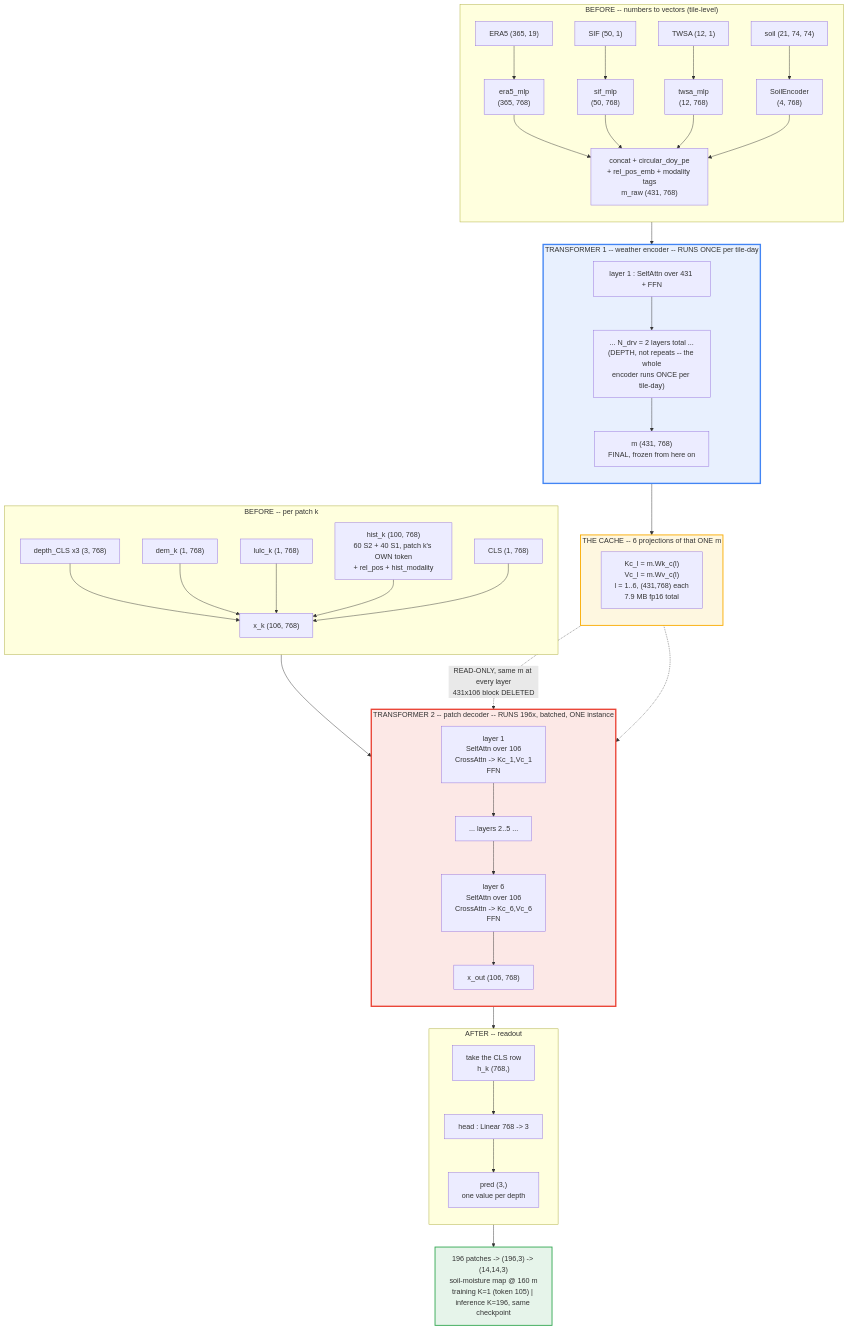
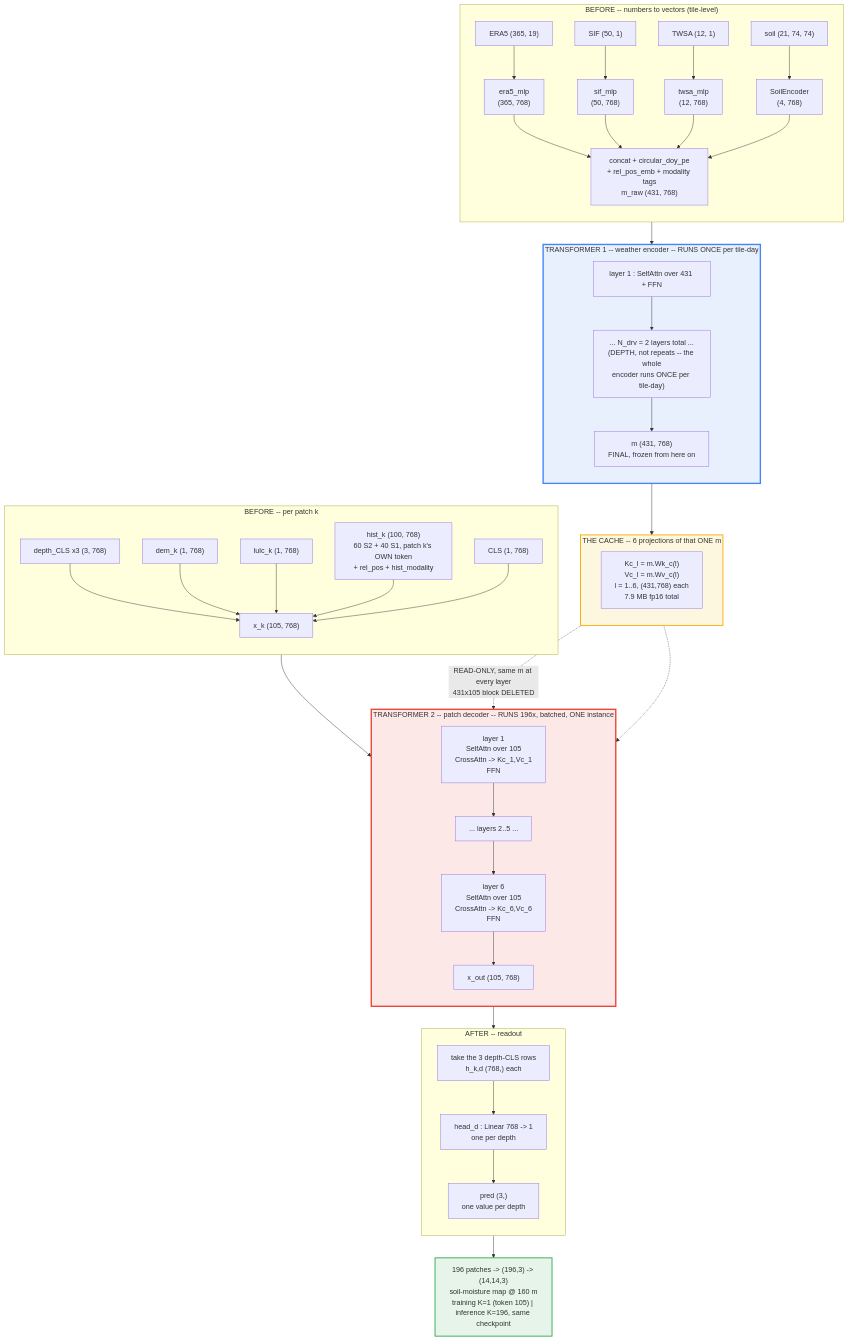
The diagram in text/patchwise_math.md (prajzwal08/soilMoisture), drawn with Mermaid before and after one commit. The commit also changed other lines of this file and 15 other files, not shown here.

````diff
--- a/text/patchwise_math.md
+++ b/text/patchwise_math.md
@@ -494,65 +541,65 @@
 ```mermaid
 flowchart TD
 
     subgraph PREP1["BEFORE -- numbers to vectors (tile-level)"]
         direction TB
         E["ERA5 (365, 19)"] --> EM["era5_mlp<br/>(365, 768)"]
         S["SIF (50, 1)"] --> SM["sif_mlp<br/>(50, 768)"]
         W["TWSA (12, 1)"] --> WM["twsa_mlp<br/>(12, 768)"]
         SO["soil (21, 74, 74)"] --> SOM["SoilEncoder<br/>(4, 768)"]
         EM --> CAT
         SM --> CAT
         WM --> CAT
         SOM --> CAT
         CAT["concat + circular_doy_pe<br/>+ rel_pos_emb + modality tags<br/>m_raw (431, 768)"]
     end
 
     subgraph T1["TRANSFORMER 1 -- weather encoder -- RUNS ONCE per tile-day"]
         direction TB
         L1["layer 1 : SelfAttn over 431 + FFN"]
         L1 --> LN1["... N_drv = 2 layers total ...<br/>(DEPTH, not repeats -- the whole<br/>encoder runs ONCE per tile-day)"]
         LN1 --> MFINAL["m (431, 768)<br/>FINAL, frozen from here on"]
     end
 
     subgraph CACHE["THE CACHE -- 6 projections of that ONE m"]
         direction TB
         KVL["Kc_l = m.Wk_c(l)<br/>Vc_l = m.Wv_c(l)<br/>l = 1..6, (431,768) each<br/>7.9 MB fp16 total"]
     end
 
     subgraph PREP2["BEFORE -- per patch k"]
         direction TB
         D3["depth_CLS x3 (3, 768)"] --> XK
         DEM["dem_k (1, 768)"] --> XK
         LU["lulc_k (1, 768)"] --> XK
         H["hist_k (100, 768)<br/>60 S2 + 40 S1, patch k's OWN token<br/>+ rel_pos + hist_modality"] --> XK
         CL["CLS (1, 768)"] --> XK
-        XK["x_k (106, 768)"]
+        XK["x_k (105, 768)"]
     end
 
     subgraph T2["TRANSFORMER 2 -- patch decoder -- RUNS 196x, batched, ONE instance"]
         direction TB
-        P1["layer 1<br/>SelfAttn over 106<br/>CrossAttn -> Kc_1,Vc_1<br/>FFN"]
+        P1["layer 1<br/>SelfAttn over 105<br/>CrossAttn -> Kc_1,Vc_1<br/>FFN"]
         P1 --> PDOTS["... layers 2..5 ..."]
-        PDOTS --> P6["layer 6<br/>SelfAttn over 106<br/>CrossAttn -> Kc_6,Vc_6<br/>FFN"]
-        P6 --> XOUT["x_out (106, 768)"]
+        PDOTS --> P6["layer 6<br/>SelfAttn over 105<br/>CrossAttn -> Kc_6,Vc_6<br/>FFN"]
+        P6 --> XOUT["x_out (105, 768)"]
     end
 
     subgraph AFTER["AFTER -- readout"]
         direction TB
-        HK["take the CLS row<br/>h_k (768,)"] --> HEAD["head : Linear 768 -> 3"]
+        HK["take the 3 depth-CLS rows<br/>h_k,d (768,) each"] --> HEAD["head_d : Linear 768 -> 1<br/>one per depth"]
         HEAD --> PRED["pred (3,)<br/>one value per depth"]
     end
 
     CAT --> L1
     MFINAL --> KVL
     XK --> P1
-    KVL -.->|"READ-ONLY, same m at every layer<br/>431x106 block DELETED"| P1
+    KVL -.->|"READ-ONLY, same m at every layer<br/>431x105 block DELETED"| P1
     KVL -.-> P6
     XOUT --> HK
     PRED --> MAP["196 patches -> (196,3) -> (14,14,3)<br/>soil-moisture map @ 160 m<br/>training K=1 (token 105) | inference K=196, same checkpoint"]
 
     style T1 fill:#e8f0fe,stroke:#4285f4,stroke-width:3px
     style T2 fill:#fce8e6,stroke:#ea4335,stroke-width:3px
     style CACHE fill:#fef7e0,stroke:#f9ab00,stroke-width:2px
     style MAP fill:#e6f4ea,stroke:#34a853,stroke-width:2px
 ```
````
